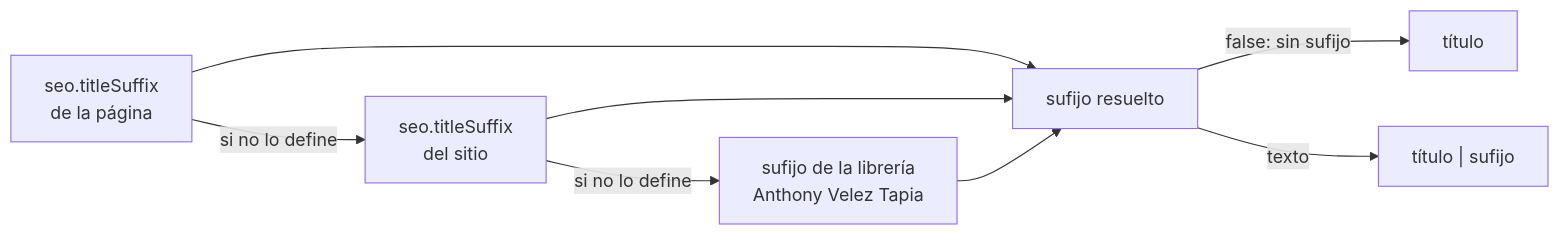
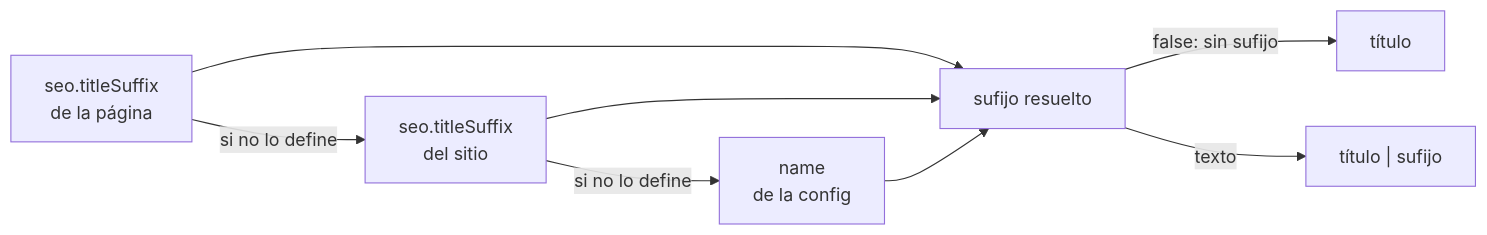
One commit to velezanthony/design changed the second of 2 diagrams in docs/src/content/docs/integracion/rutas-seo-idiomas.md. Above: the diagram before and after it, drawn with Mermaid. The commit also changed other lines of this file and 7 other files, not shown here.

````diff
--- a/docs/src/content/docs/integracion/rutas-seo-idiomas.md
+++ b/docs/src/content/docs/integracion/rutas-seo-idiomas.md
@@ -112,10 +112,10 @@
 ```mermaid
 flowchart LR
   p["seo.titleSuffix<br/>de la página"] -->|si no lo define| s["seo.titleSuffix<br/>del sitio"]
-  s -->|si no lo define| l["sufijo de la librería<br/>Anthony Velez Tapia"]
+  s -->|si no lo define| l["name<br/>de la config"]
   p --> r["sufijo resuelto"]
   s --> r
   l --> r
   r -->|"false: sin sufijo"| t["título"]
   r -->|"texto"| c["título | sufijo"]
 ```
````
